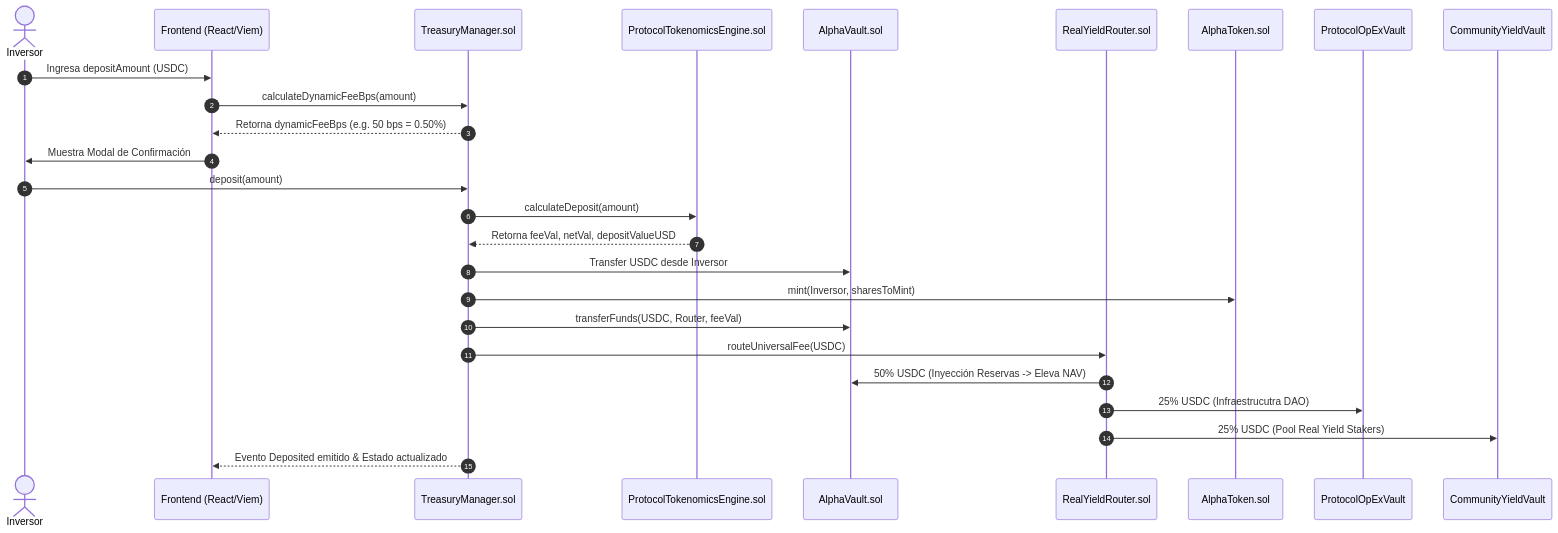
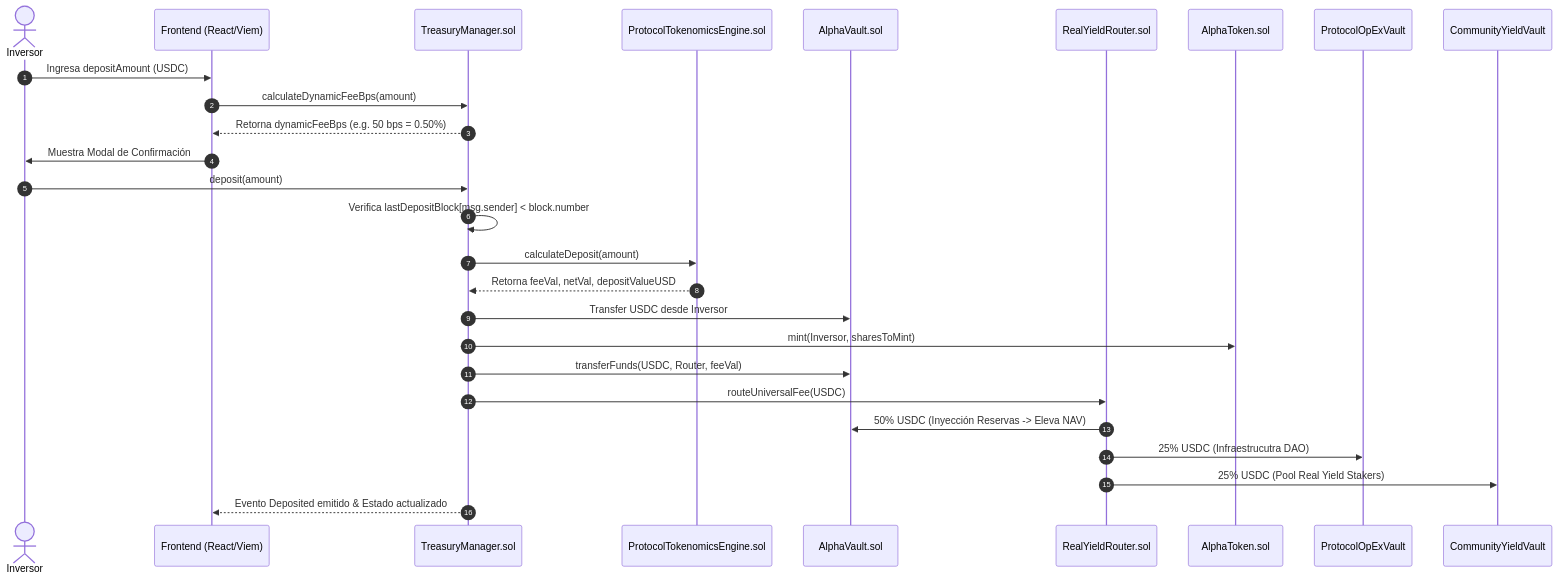
Before and after one commit to JaviMartin92/token: the second of 2 diagrams in docs/FULL_ARCHITECTURE_SPECIFICATION.md, drawn with Mermaid. The commit also changed other lines of this file and 36 other files, not shown here.

````diff
--- a/docs/FULL_ARCHITECTURE_SPECIFICATION.md
+++ b/docs/FULL_ARCHITECTURE_SPECIFICATION.md
@@ -100,27 +103,28 @@
 ```mermaid
 sequenceDiagram
     autonumber
     actor Investor as Inversor
     participant App as Frontend (React/Viem)
     participant Treasury as TreasuryManager.sol
     participant Engine as ProtocolTokenomicsEngine.sol
     participant Vault as AlphaVault.sol
     participant Router as RealYieldRouter.sol
     participant Token as AlphaToken.sol
 
     Investor->>App: Ingresa depositAmount (USDC)
     App->>Treasury: calculateDynamicFeeBps(amount)
     Treasury-->>App: Retorna dynamicFeeBps (e.g. 50 bps = 0.50%)
     App->>Investor: Muestra Modal de Confirmación
     Investor->>Treasury: deposit(amount)
+    Treasury->>Treasury: Verifica lastDepositBlock[msg.sender] < block.number
     Treasury->>Engine: calculateDeposit(amount)
     Engine-->>Treasury: Retorna feeVal, netVal, depositValueUSD
     Treasury->>Vault: Transfer USDC desde Inversor
     Treasury->>Token: mint(Inversor, sharesToMint)
     Treasury->>Vault: transferFunds(USDC, Router, feeVal)
     Treasury->>Router: routeUniversalFee(USDC)
     Router->>Vault: 50% USDC (Inyección Reservas -> Eleva NAV)
     Router->>ProtocolOpExVault: 25% USDC (Infraestrucutra DAO)
     Router->>CommunityYieldVault: 25% USDC (Pool Real Yield Stakers)
     Treasury-->>App: Evento Deposited emitido & Estado actualizado
 ```
````
